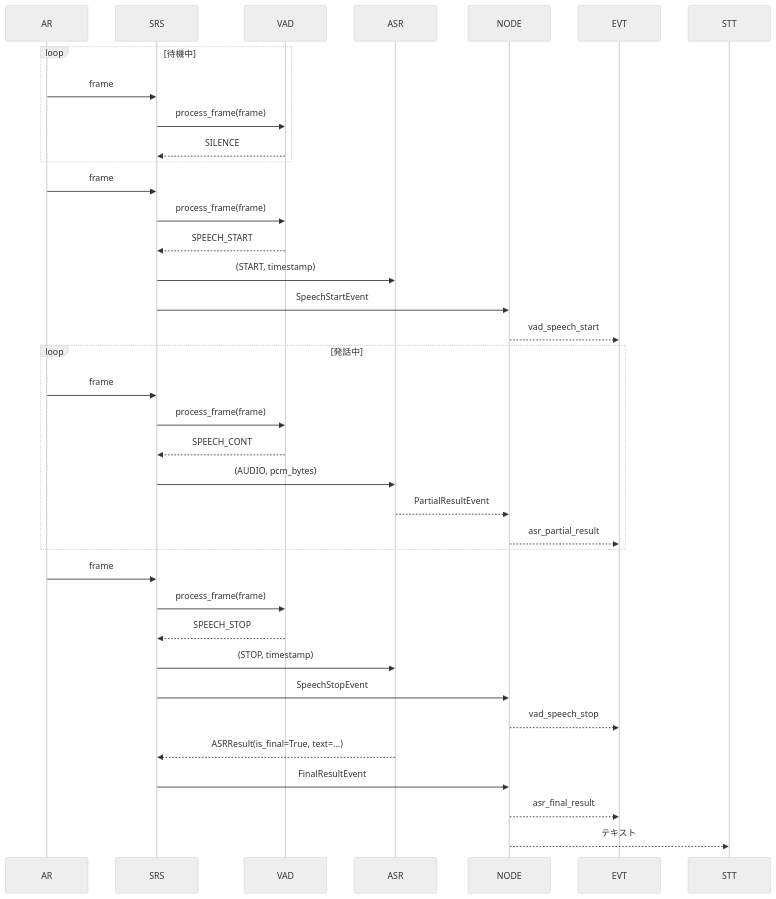
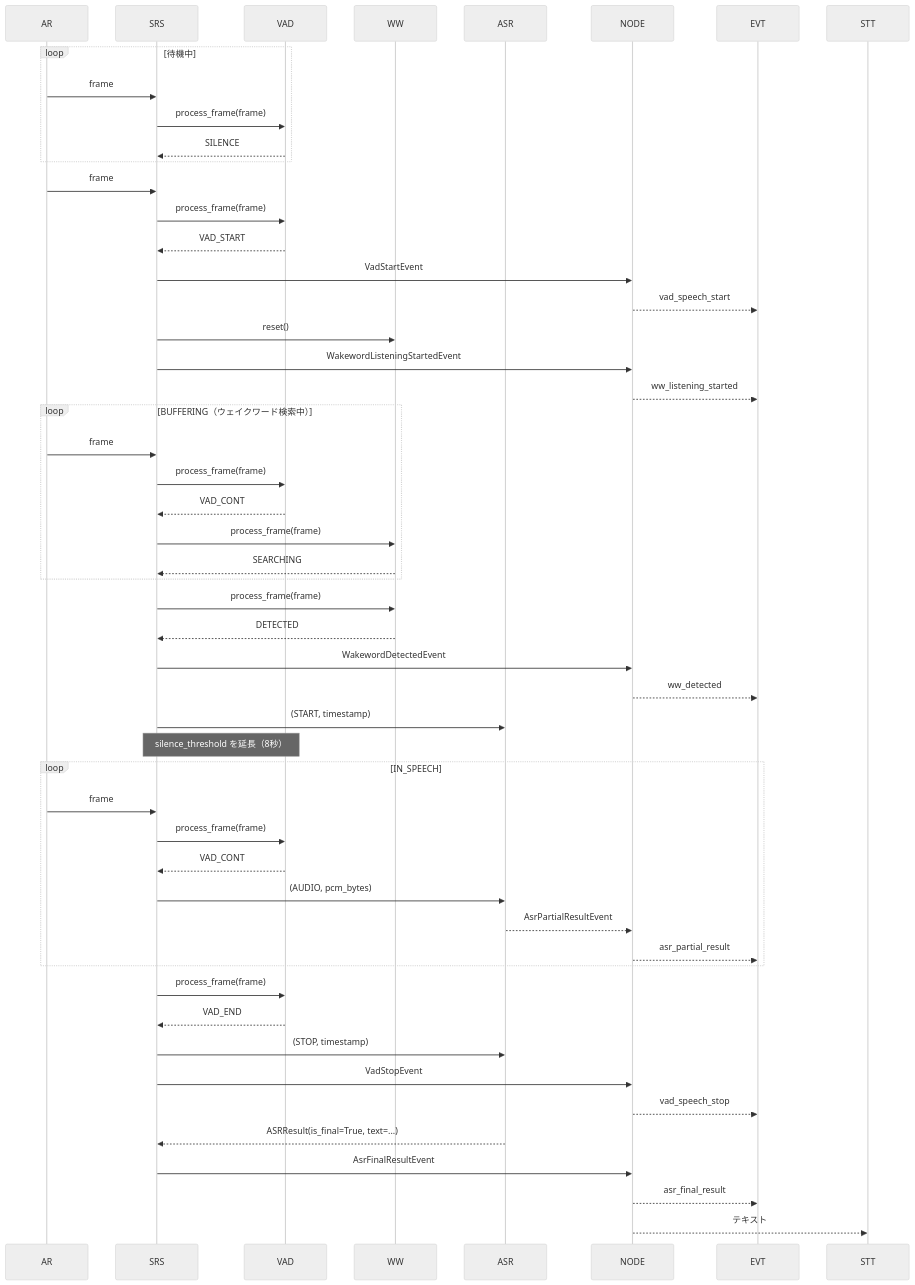
The third of 8 diagrams in susumu_asr_ros/README_modules.md (sato-susumu/susumu_asr_ros), drawn with Mermaid (neutral theme) before and after one commit. The commit also changed other lines of this file and 25 other files, not shown here.

First line of the commit message:
WakewordPlugin を VAD から分離し状態機械を導入

````diff
--- a/susumu_asr_ros/README_modules.md
+++ b/susumu_asr_ros/README_modules.md
@@ -68,44 +93,61 @@
 ```mermaid
 sequenceDiagram
     participant AR as AR
     participant SRS as SRS
     participant VAD as VAD
+    participant WW as WW
     participant ASR as ASR
     participant NODE as NODE
     participant EVT as EVT
     participant STT as STT
 
     loop 待機中
         AR ->> SRS : frame
         SRS ->> VAD : process_frame(frame)
         VAD -->> SRS : SILENCE
     end
 
     AR ->> SRS : frame
     SRS ->> VAD : process_frame(frame)
-    VAD -->> SRS : SPEECH_START
-    SRS ->> ASR : (START, timestamp)
-    SRS ->> NODE : SpeechStartEvent
+    VAD -->> SRS : VAD_START
+    SRS ->> NODE : VadStartEvent
     NODE -->> EVT : vad_speech_start
+    SRS ->> WW : reset()
+    SRS ->> NODE : WakewordListeningStartedEvent
+    NODE -->> EVT : ww_listening_started
 
-    loop 発話中
+    loop BUFFERING（ウェイクワード検索中）
         AR ->> SRS : frame
         SRS ->> VAD : process_frame(frame)
-        VAD -->> SRS : SPEECH_CONT
+        VAD -->> SRS : VAD_CONT
+        SRS ->> WW : process_frame(frame)
+        WW -->> SRS : SEARCHING
+    end
+
+    SRS ->> WW : process_frame(frame)
+    WW -->> SRS : DETECTED
+    SRS ->> NODE : WakewordDetectedEvent
+    NODE -->> EVT : ww_detected
+    SRS ->> ASR : (START, timestamp)
+    note over SRS,VAD : silence_threshold を延長（8秒）
+
+    loop IN_SPEECH
+        AR ->> SRS : frame
+        SRS ->> VAD : process_frame(frame)
+        VAD -->> SRS : VAD_CONT
         SRS ->> ASR : (AUDIO, pcm_bytes)
-        ASR -->> NODE : PartialResultEvent
+        ASR -->> NODE : AsrPartialResultEvent
         NODE -->> EVT : asr_partial_result
     end
 
-    AR ->> SRS : frame
     SRS ->> VAD : process_frame(frame)
-    VAD -->> SRS : SPEECH_STOP
+    VAD -->> SRS : VAD_END
     SRS ->> ASR : (STOP, timestamp)
-    SRS ->> NODE : SpeechStopEvent
+    SRS ->> NODE : VadStopEvent
     NODE -->> EVT : vad_speech_stop
 
     ASR -->> SRS : ASRResult(is_final=True, text=...)
-    SRS ->> NODE : FinalResultEvent
+    SRS ->> NODE : AsrFinalResultEvent
     NODE -->> EVT : asr_final_result
     NODE -->> STT : テキスト
 ```
````
